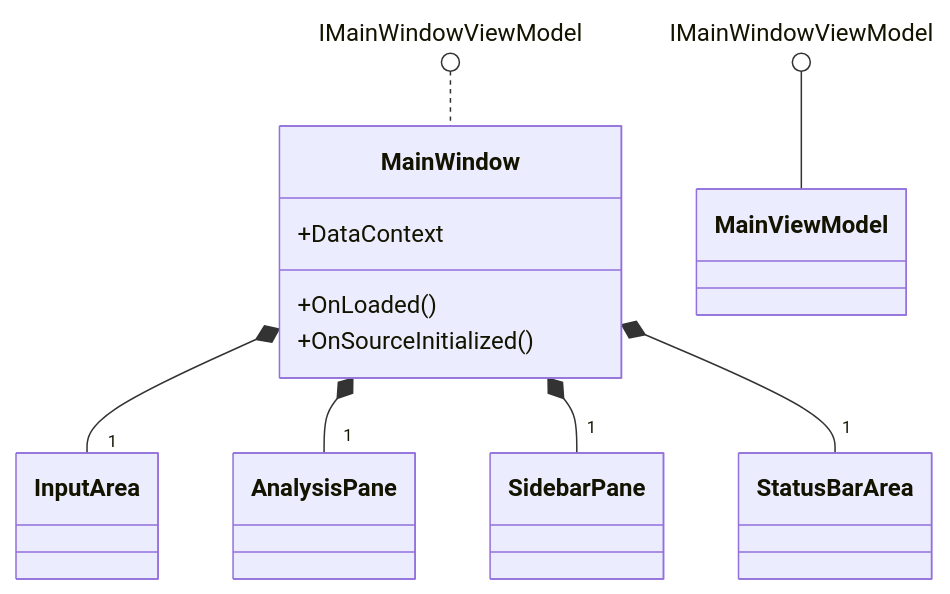
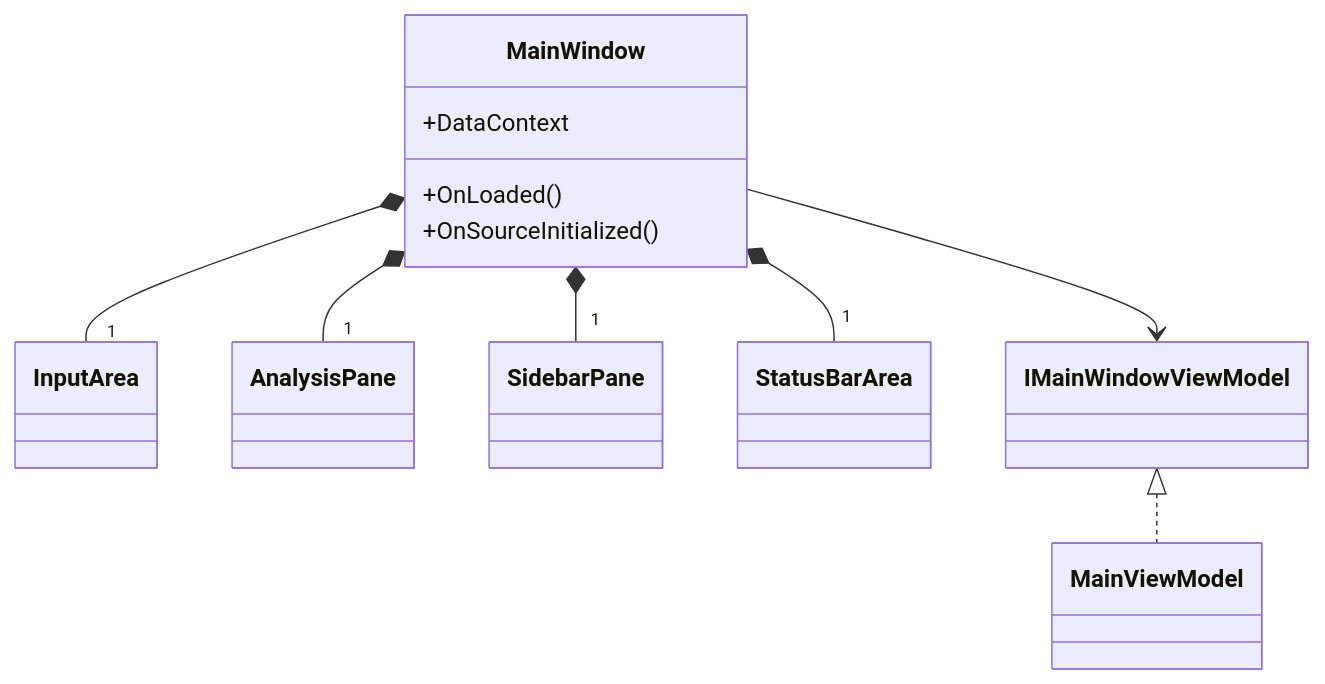
Before and after one commit to yankee2023/market_monitor: diagram 23 of 29 in docs/DESIGN.md, drawn with Mermaid. The commit also changed other lines of this file and 9 other files, not shown here.

````diff
--- a/docs/DESIGN.md
+++ b/docs/DESIGN.md
@@ -869,20 +1112,20 @@
 ```mermaid
 classDiagram
     class MainWindow {
         +DataContext
         +OnLoaded()
         +OnSourceInitialized()
     }
     class MainViewModel
     class InputArea
     class AnalysisPane
     class SidebarPane
     class StatusBarArea
 
     MainWindow *-- "1" InputArea
     MainWindow *-- "1" AnalysisPane
     MainWindow *-- "1" SidebarPane
     MainWindow *-- "1" StatusBarArea
-    IMainWindowViewModel ().. MainWindow
-    IMainWindowViewModel ()-- MainViewModel
+    MainWindow --> IMainWindowViewModel
+    IMainWindowViewModel <|.. MainViewModel
 ```
````
